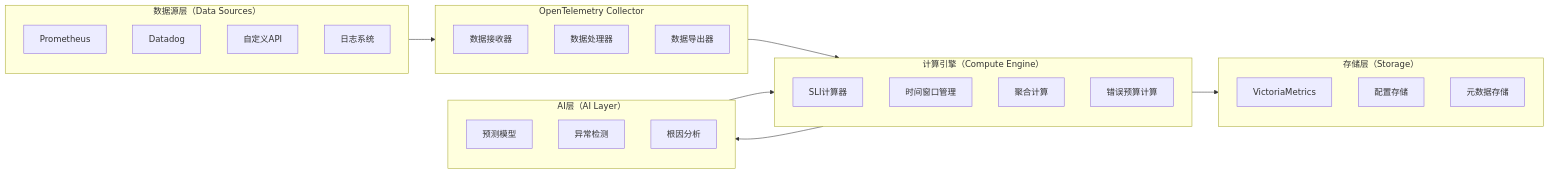
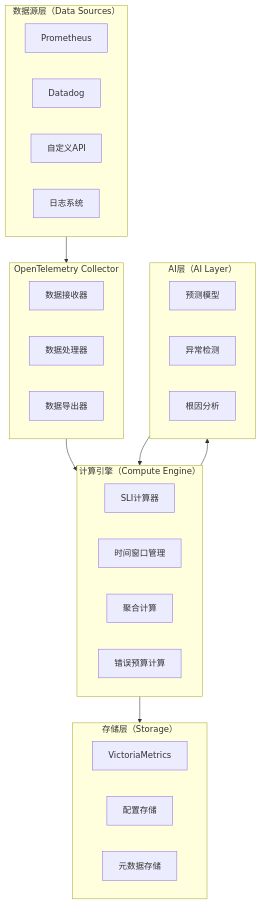
The fourth of 9 diagrams in docs/architecture.md (turtacn/slo-sentinel), drawn with Mermaid before and after one commit.

Commit message:
init c4 v0.1.0

````diff
--- a/docs/architecture.md
+++ b/docs/architecture.md
@@ -134,40 +134,40 @@
 ```mermaid
-graph LR
+graph TD
     subgraph DS[数据源层（Data Sources）]
         DS1[Prometheus]
         DS2[Datadog]
         DS3[自定义API]
         DS4[日志系统]
     end
     
     subgraph OC[OpenTelemetry Collector]
         OC1[数据接收器]
         OC2[数据处理器]
         OC3[数据导出器]
     end
     
     subgraph CE[计算引擎（Compute Engine）]
         CE1[SLI计算器]
         CE2[时间窗口管理]
         CE3[聚合计算]
         CE4[错误预算计算]
     end
     
     subgraph ST[存储层（Storage）]
         ST1[VictoriaMetrics]
         ST2[配置存储]
         ST3[元数据存储]
     end
     
     subgraph AI[AI层（AI Layer）]
         AI1[预测模型]
         AI2[异常检测]
         AI3[根因分析]
     end
     
     DS --> OC
     OC --> CE
     CE --> ST
     CE --> AI
     AI --> CE
 ```
````
